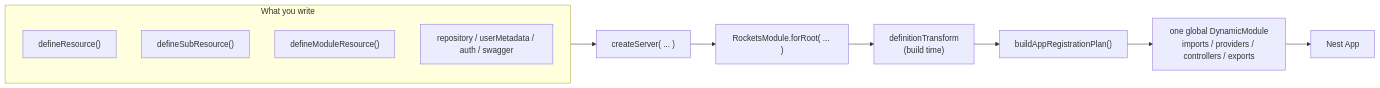
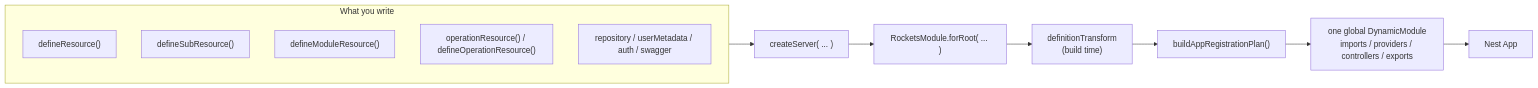
The first of 6 diagrams in CONFIGURATION.md (conceptadev/rockets), drawn with Mermaid before and after one commit. The commit also changed other lines of this file and 99 other files, not shown here.

Commit message:
feat(core): operationResource typed non-CRUD endpoints (#43, #50) (#49)

````diff
--- a/CONFIGURATION.md
+++ b/CONFIGURATION.md
@@ -20,15 +21,16 @@
 ```mermaid
 flowchart LR
   subgraph YOU["What you write"]
     R["defineResource()"]
     S["defineSubResource()"]
     M["defineModuleResource()"]
+    O["operationResource() / defineOperationResource()"]
     OPT["repository / userMetadata / auth / swagger"]
   end
   YOU --> CREATE["createServer( ... )"]
   CREATE --> FORROOT["RocketsModule.forRoot( ... )"]
   FORROOT --> XFORM["definitionTransform\n(build time)"]
   XFORM --> PLAN["buildAppRegistrationPlan()"]
   PLAN --> DM["one global DynamicModule\nimports / providers / controllers / exports"]
   DM --> APP["Nest App"]
 ```
````
